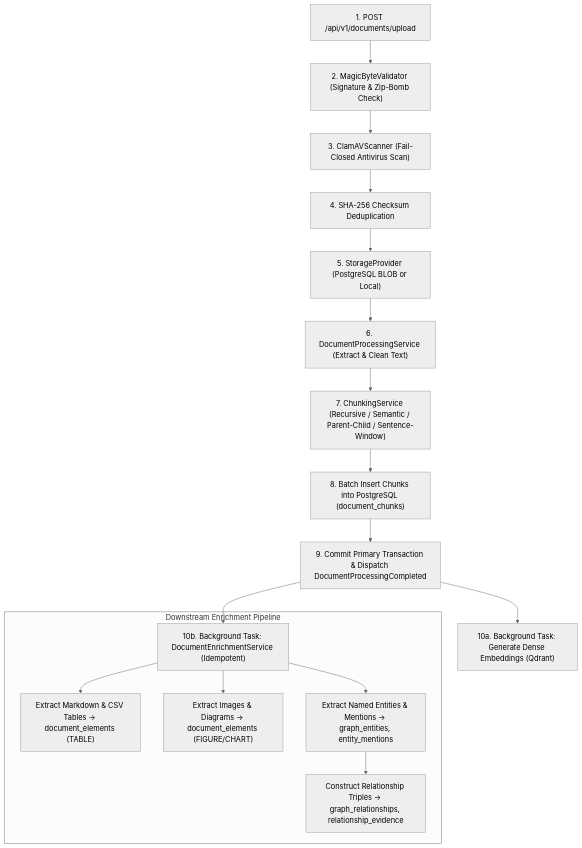
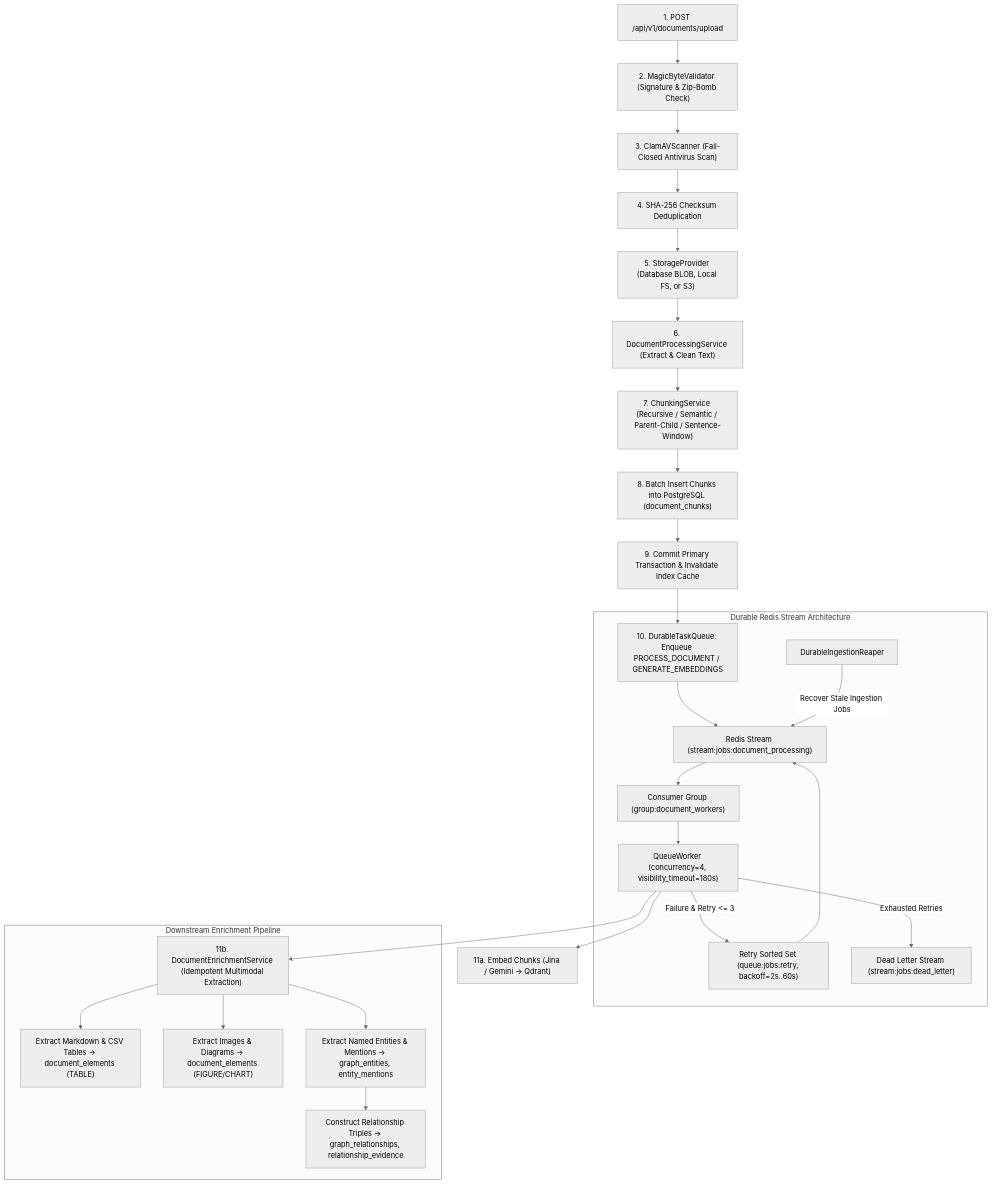
Before and after one commit to Satya-Naraharisetty/FusionRAG: the second of 7 diagrams in ARCHITECTURE.md, drawn with Mermaid (neutral theme). The commit also changed other lines of this file and 3 other files, not shown here.

Commit message:
docs: expand system architecture documentation to include security, retrieval, and ingestion pipeline enhancements

````diff
--- a/ARCHITECTURE.md
+++ b/ARCHITECTURE.md
@@ -42,21 +46,33 @@
 ```mermaid
 flowchart TD
     Upload["1. POST /api/v1/documents/upload"] --> Magic["2. MagicByteValidator (Signature & Zip-Bomb Check)"]
     Magic --> Malware["3. ClamAVScanner (Fail-Closed Antivirus Scan)"]
     Malware --> Checksum["4. SHA-256 Checksum Deduplication"]
-    Checksum --> Storage["5. StorageProvider (PostgreSQL BLOB or Local)"]
+    Checksum --> Storage["5. StorageProvider (Database BLOB, Local FS, or S3)"]
     Storage --> PrimaryProc["6. DocumentProcessingService (Extract & Clean Text)"]
     PrimaryProc --> Chunk["7. ChunkingService (Recursive / Semantic / Parent-Child / Sentence-Window)"]
     Chunk --> SaveDB["8. Batch Insert Chunks into PostgreSQL (document_chunks)"]
-    SaveDB --> Complete["9. Commit Primary Transaction & Dispatch DocumentProcessingCompleted"]
+    SaveDB --> Complete["9. Commit Primary Transaction & Invalidate Index Cache"]
     
-    Complete --> EmbedJob["10a. Background Task: Generate Dense Embeddings (Qdrant)"]
-    Complete --> EnrichJob["10b. Background Task: DocumentEnrichmentService (Idempotent)"]
+    Complete --> DispatchQueue["10. DurableTaskQueue: Enqueue PROCESS_DOCUMENT / GENERATE_EMBEDDINGS"]
+    
+    subgraph QueueWorkerArchitecture ["Durable Redis Stream Architecture"]
+        DispatchQueue --> Stream["Redis Stream (stream:jobs:document_processing)"]
+        Stream --> ConsumerGroup["Consumer Group (group:document_workers)"]
+        ConsumerGroup --> Worker["QueueWorker (concurrency=4, visibility_timeout=180s)"]
+        Worker -->|Failure & Retry <= 3| RetryQueue["Retry Sorted Set (queue:jobs:retry, backoff=2s..60s)"]
+        RetryQueue --> Stream
+        Worker -->|Exhausted Retries| DeadLetter["Dead Letter Stream (stream:jobs:dead_letter)"]
+        Reaper["DurableIngestionReaper"] -->|Recover Stale Ingestion Jobs| Stream
+    end
+
+    Worker --> EmbedJob["11a. Embed Chunks (Jina / Gemini -> Qdrant)"]
+    Worker --> EnrichJob["11b. DocumentEnrichmentService (Idempotent Multimodal Extraction)"]
     
     subgraph AsyncEnrichment ["Downstream Enrichment Pipeline"]
         EnrichJob --> ExtractTables["Extract Markdown & CSV Tables -> document_elements (TABLE)"]
         EnrichJob --> ExtractFigures["Extract Images & Diagrams -> document_elements (FIGURE/CHART)"]
         EnrichJob --> ExtractEntities["Extract Named Entities & Mentions -> graph_entities, entity_mentions"]
         ExtractEntities --> ExtractTriples["Construct Relationship Triples -> graph_relationships, relationship_evidence"]
     end
 ```
````
